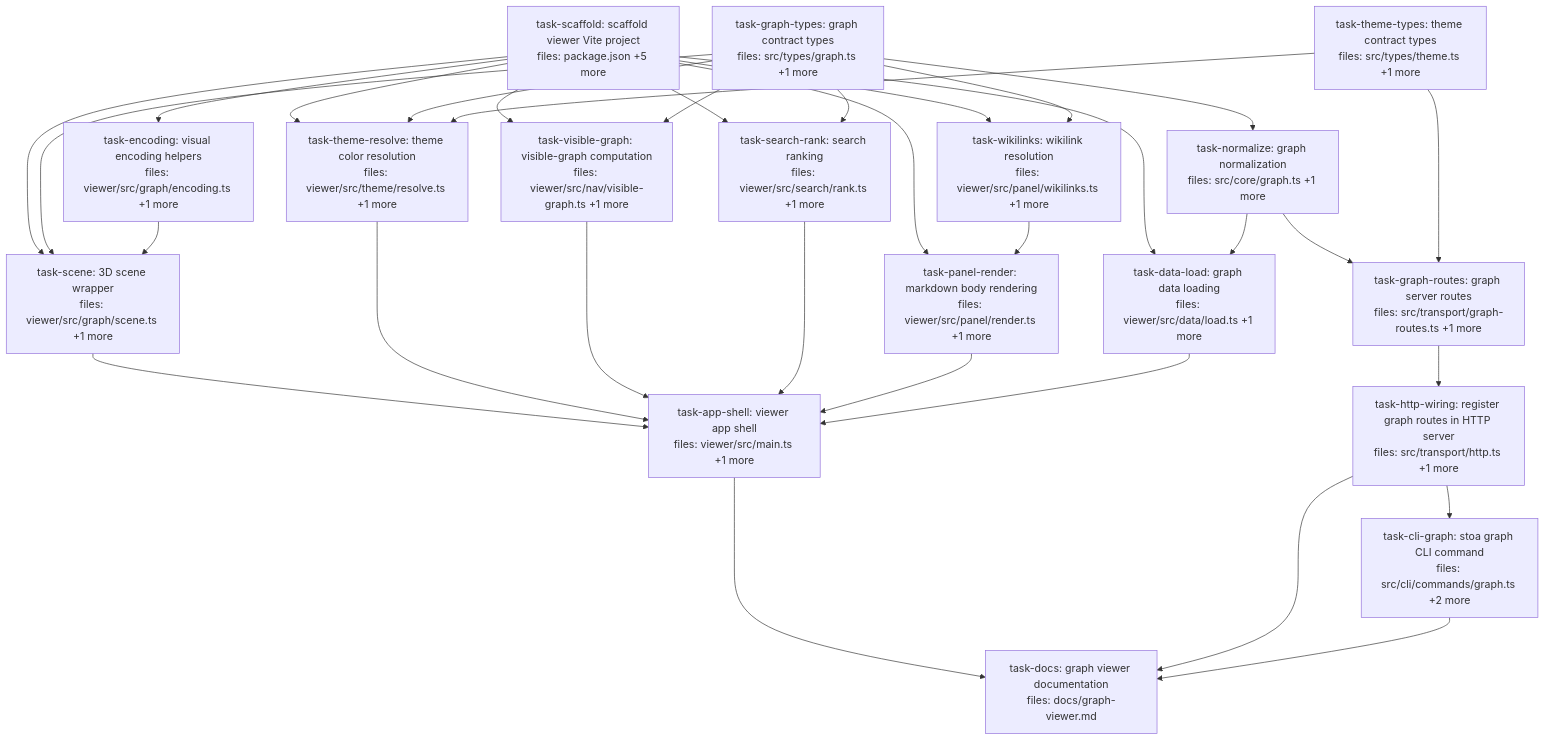
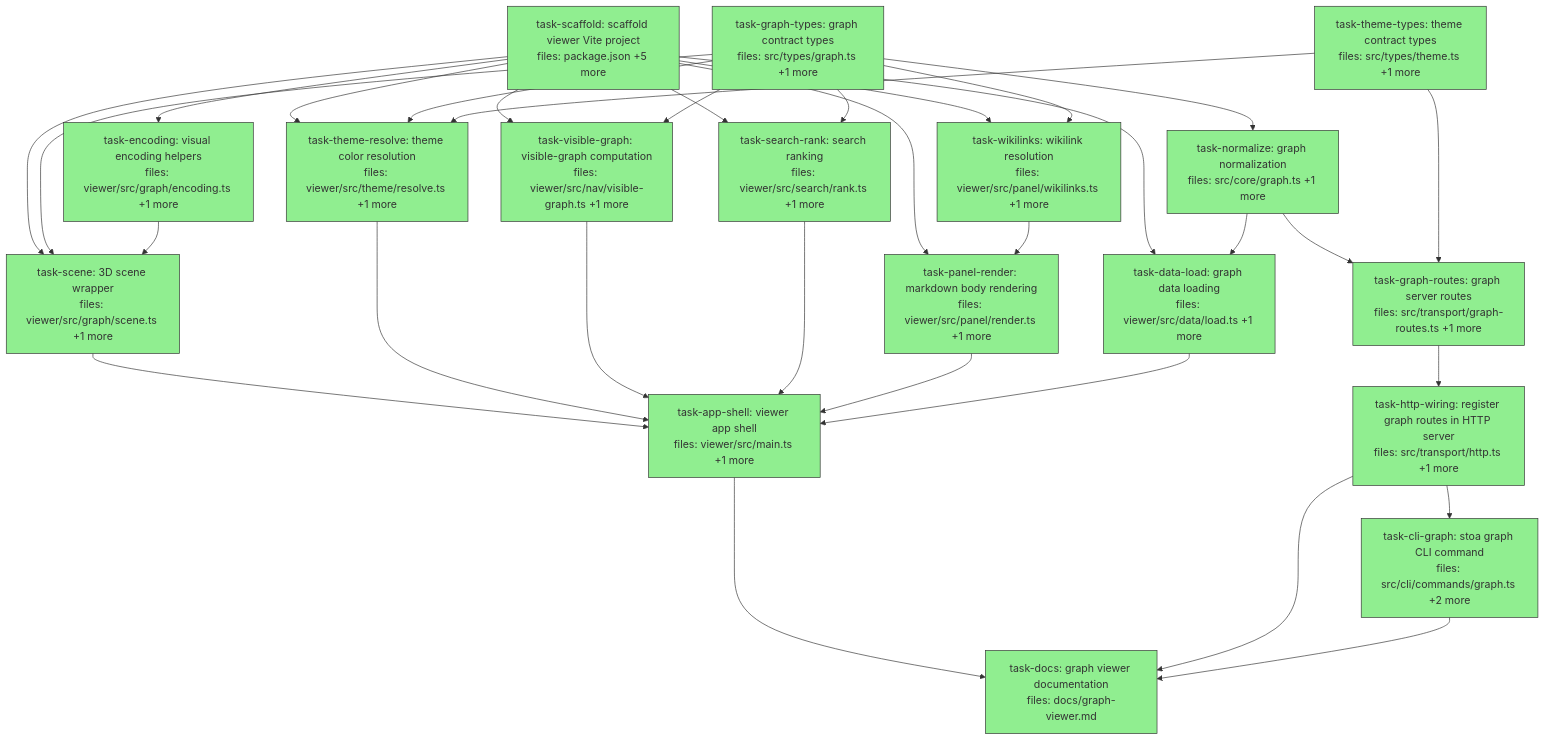
One commit to BrettNye/stoa changed the diagram in docs/superpowers/plans/2026-05-26-3d-graph-viewer-dag.md. Above: the diagram before and after it, drawn with Mermaid. The commit also changed other lines of this file, not shown here.

Commit message:
docs(plan): mark 3d-graph-viewer DAG complete (17/17 done)

````diff
--- a/docs/superpowers/plans/2026-05-26-3d-graph-viewer-dag.md
+++ b/docs/superpowers/plans/2026-05-26-3d-graph-viewer-dag.md
@@ -6,58 +6,58 @@
 ```mermaid
 flowchart TD
-    task-scaffold["task-scaffold: scaffold viewer Vite project<br/>files: package.json +5 more"]
-    task-graph-types["task-graph-types: graph contract types<br/>files: src/types/graph.ts +1 more"]
-    task-theme-types["task-theme-types: theme contract types<br/>files: src/types/theme.ts +1 more"]
-    task-normalize["task-normalize: graph normalization<br/>files: src/core/graph.ts +1 more"]
-    task-encoding["task-encoding: visual encoding helpers<br/>files: viewer/src/graph/encoding.ts +1 more"]
-    task-theme-resolve["task-theme-resolve: theme color resolution<br/>files: viewer/src/theme/resolve.ts +1 more"]
-    task-visible-graph["task-visible-graph: visible-graph computation<br/>files: viewer/src/nav/visible-graph.ts +1 more"]
-    task-search-rank["task-search-rank: search ranking<br/>files: viewer/src/search/rank.ts +1 more"]
-    task-wikilinks["task-wikilinks: wikilink resolution<br/>files: viewer/src/panel/wikilinks.ts +1 more"]
-    task-panel-render["task-panel-render: markdown body rendering<br/>files: viewer/src/panel/render.ts +1 more"]
-    task-data-load["task-data-load: graph data loading<br/>files: viewer/src/data/load.ts +1 more"]
-    task-scene["task-scene: 3D scene wrapper<br/>files: viewer/src/graph/scene.ts +1 more"]
-    task-graph-routes["task-graph-routes: graph server routes<br/>files: src/transport/graph-routes.ts +1 more"]
-    task-http-wiring["task-http-wiring: register graph routes in HTTP server<br/>files: src/transport/http.ts +1 more"]
-    task-cli-graph["task-cli-graph: stoa graph CLI command<br/>files: src/cli/commands/graph.ts +2 more"]
-    task-app-shell["task-app-shell: viewer app shell<br/>files: viewer/src/main.ts +1 more"]
-    task-docs["task-docs: graph viewer documentation<br/>files: docs/graph-viewer.md"]
+    task-scaffold["task-scaffold: scaffold viewer Vite project<br/>files: package.json +5 more"]:::done
+    task-graph-types["task-graph-types: graph contract types<br/>files: src/types/graph.ts +1 more"]:::done
+    task-theme-types["task-theme-types: theme contract types<br/>files: src/types/theme.ts +1 more"]:::done
+    task-normalize["task-normalize: graph normalization<br/>files: src/core/graph.ts +1 more"]:::done
+    task-encoding["task-encoding: visual encoding helpers<br/>files: viewer/src/graph/encoding.ts +1 more"]:::done
+    task-theme-resolve["task-theme-resolve: theme color resolution<br/>files: viewer/src/theme/resolve.ts +1 more"]:::done
+    task-visible-graph["task-visible-graph: visible-graph computation<br/>files: viewer/src/nav/visible-graph.ts +1 more"]:::done
+    task-search-rank["task-search-rank: search ranking<br/>files: viewer/src/search/rank.ts +1 more"]:::done
+    task-wikilinks["task-wikilinks: wikilink resolution<br/>files: viewer/src/panel/wikilinks.ts +1 more"]:::done
+    task-panel-render["task-panel-render: markdown body rendering<br/>files: viewer/src/panel/render.ts +1 more"]:::done
+    task-data-load["task-data-load: graph data loading<br/>files: viewer/src/data/load.ts +1 more"]:::done
+    task-scene["task-scene: 3D scene wrapper<br/>files: viewer/src/graph/scene.ts +1 more"]:::done
+    task-graph-routes["task-graph-routes: graph server routes<br/>files: src/transport/graph-routes.ts +1 more"]:::done
+    task-http-wiring["task-http-wiring: register graph routes in HTTP server<br/>files: src/transport/http.ts +1 more"]:::done
+    task-cli-graph["task-cli-graph: stoa graph CLI command<br/>files: src/cli/commands/graph.ts +2 more"]:::done
+    task-app-shell["task-app-shell: viewer app shell<br/>files: viewer/src/main.ts +1 more"]:::done
+    task-docs["task-docs: graph viewer documentation<br/>files: docs/graph-viewer.md"]:::done
 
     task-graph-types --> task-normalize
     task-scaffold --> task-encoding
     task-scaffold --> task-theme-resolve
     task-graph-types --> task-theme-resolve
     task-theme-types --> task-theme-resolve
     task-scaffold --> task-visible-graph
     task-graph-types --> task-visible-graph
     task-scaffold --> task-search-rank
     task-graph-types --> task-search-rank
     task-scaffold --> task-wikilinks
     task-graph-types --> task-wikilinks
     task-scaffold --> task-panel-render
     task-wikilinks --> task-panel-render
     task-scaffold --> task-data-load
     task-normalize --> task-data-load
     task-scaffold --> task-scene
     task-graph-types --> task-scene
     task-encoding --> task-scene
     task-normalize --> task-graph-routes
     task-theme-types --> task-graph-routes
     task-graph-routes --> task-http-wiring
     task-http-wiring --> task-cli-graph
     task-scene --> task-app-shell
     task-theme-resolve --> task-app-shell
     task-visible-graph --> task-app-shell
     task-search-rank --> task-app-shell
     task-panel-render --> task-app-shell
     task-data-load --> task-app-shell
     task-app-shell --> task-docs
     task-http-wiring --> task-docs
     task-cli-graph --> task-docs
 
     classDef done fill:#90ee90,stroke:#333
     classDef ready fill:#fffacd,stroke:#333
     classDef running fill:#87ceeb,stroke:#333
     classDef failed fill:#ffb6c1,stroke:#333
     classDef skipped fill:#d3d3d3,stroke:#333,stroke-dasharray: 5 5
 ```
````
